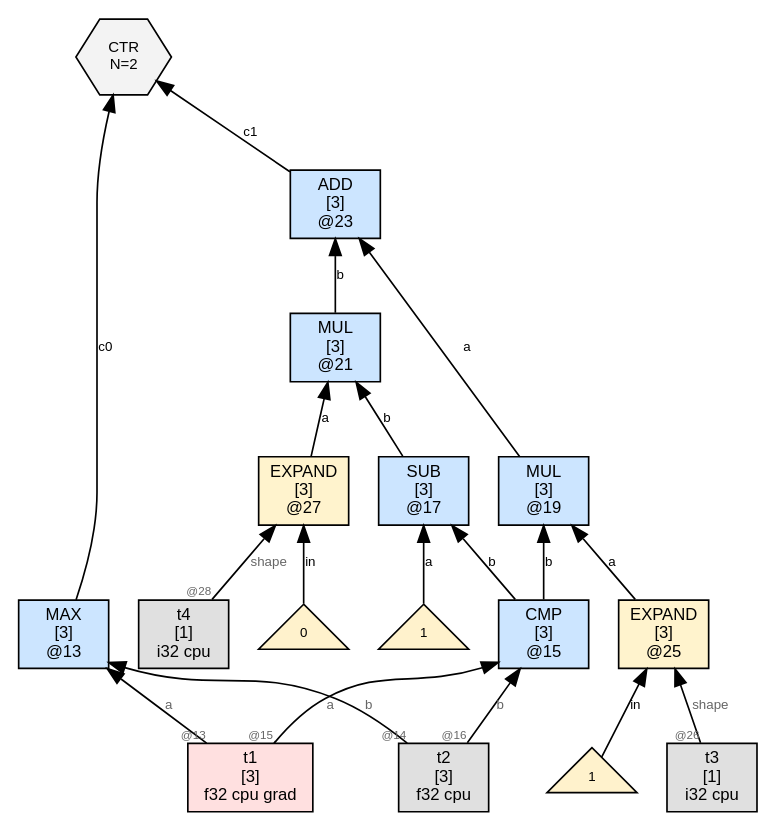
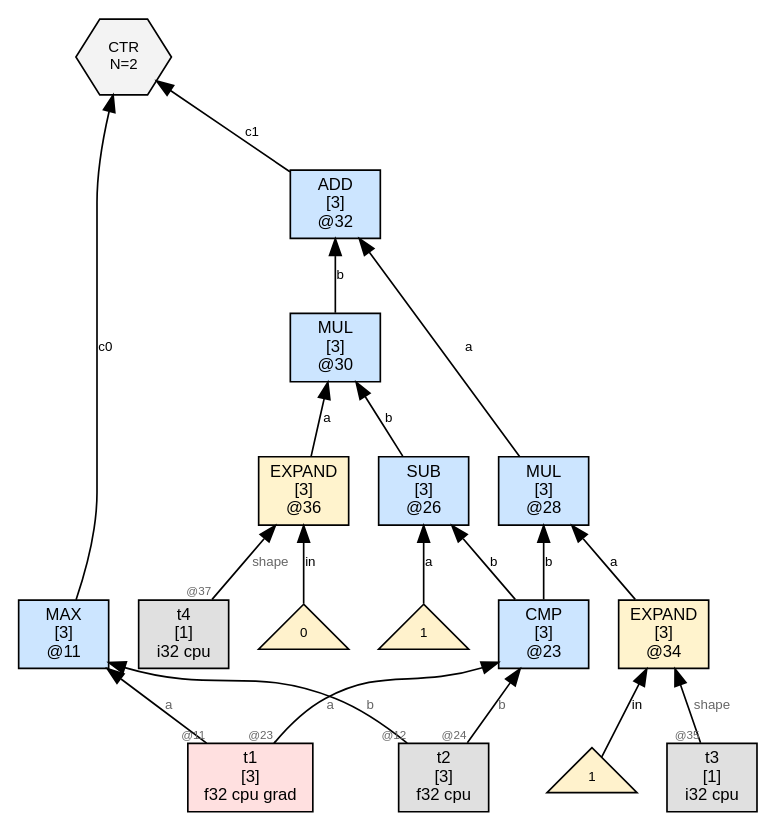
One commit to sw1sh/TinyHVM changed the diagram in wl/examples/thvm_graphs/grad_rules/max/thvm_1_post_reduce.dot. Above: the diagram before and after it, drawn with Graphviz. The commit also changed 156 other files, not shown here.

First line of the commit message:
grad: migrate mk() to UOP_GRAD2; all 50 rule tests flow through new path

```diff
--- a/wl/examples/thvm_graphs/grad_rules/max/thvm_1_post_reduce.dot
+++ b/wl/examples/thvm_graphs/grad_rules/max/thvm_1_post_reduce.dot
@@ -1,40 +1,40 @@
 digraph G {
   rankdir=BT;
   node [fontname="Helvetica", fontsize=10, style=filled, shape=box, margin="0.1,0.05"];
   edge [fontsize=8, fontname="Helvetica"];
 
-  n23 [label="ADD\n[3]\n@23", shape=box, fillcolor="#cce5ff"];
-  n19 -> n23 [label="a"];
-  n21 -> n23 [label="b"];
-  n13 [label="MAX\n[3]\n@13", shape=box, fillcolor="#cce5ff"];
+  n11 [label="MAX\n[3]\n@11", shape=box, fillcolor="#cce5ff"];
   t1 [label="t1\n[3]\nf32 cpu grad",shape=box,fillcolor="#ffe0e0"];
-  t1 -> n13 [label="a",taillabel="@13",labelfontsize=7,fontcolor="#666666"];
+  t1 -> n11 [label="a",taillabel="@11",labelfontsize=7,fontcolor="#666666"];
   t2 [label="t2\n[3]\nf32 cpu",shape=box,fillcolor="#e0e0e0"];
-  t2 -> n13 [label="b",taillabel="@14",labelfontsize=7,fontcolor="#666666"];
-  ctr6 [label="CTR\nN=2", shape=hexagon, fillcolor="#f3f3f3", fontsize=9];
-  n13 -> ctr6 [label="c0"];
-  n23 -> ctr6 [label="c1"];
-  n25 [label="EXPAND\n[3]\n@25", shape=box, fillcolor="#fff3cd"];
-  num25_0 [label="1",shape=triangle,fillcolor="#fff2cc",fontsize=8];
-  num25_0 -> n25 [label="in"];
+  t2 -> n11 [label="b",taillabel="@12",labelfontsize=7,fontcolor="#666666"];
+  n32 [label="ADD\n[3]\n@32", shape=box, fillcolor="#cce5ff"];
+  n28 -> n32 [label="a"];
+  n30 -> n32 [label="b"];
+  ctr8 [label="CTR\nN=2", shape=hexagon, fillcolor="#f3f3f3", fontsize=9];
+  n11 -> ctr8 [label="c0"];
+  n32 -> ctr8 [label="c1"];
+  n23 [label="CMP\n[3]\n@23", shape=box, fillcolor="#cce5ff"];
+  t1 -> n23 [label="a",taillabel="@23",labelfontsize=7,fontcolor="#666666"];
+  t2 -> n23 [label="b",taillabel="@24",labelfontsize=7,fontcolor="#666666"];
+  n34 [label="EXPAND\n[3]\n@34", shape=box, fillcolor="#fff3cd"];
+  num34_0 [label="1",shape=triangle,fillcolor="#fff2cc",fontsize=8];
+  num34_0 -> n34 [label="in"];
   t3 [label="t3\n[1]\ni32 cpu",shape=box,fillcolor="#e0e0e0"];
-  t3 -> n25 [label="shape",taillabel="@26",labelfontsize=7,fontcolor="#666666"];
-  n27 [label="EXPAND\n[3]\n@27", shape=box, fillcolor="#fff3cd"];
-  num27_0 [label="0",shape=triangle,fillcolor="#fff2cc",fontsize=8];
-  num27_0 -> n27 [label="in"];
+  t3 -> n34 [label="shape",taillabel="@35",labelfontsize=7,fontcolor="#666666"];
+  n36 [label="EXPAND\n[3]\n@36", shape=box, fillcolor="#fff3cd"];
+  num36_0 [label="0",shape=triangle,fillcolor="#fff2cc",fontsize=8];
+  num36_0 -> n36 [label="in"];
   t4 [label="t4\n[1]\ni32 cpu",shape=box,fillcolor="#e0e0e0"];
-  t4 -> n27 [label="shape",taillabel="@28",labelfontsize=7,fontcolor="#666666"];
-  n15 [label="CMP\n[3]\n@15", shape=box, fillcolor="#cce5ff"];
-  t1 -> n15 [label="a",taillabel="@15",labelfontsize=7,fontcolor="#666666"];
-  t2 -> n15 [label="b",taillabel="@16",labelfontsize=7,fontcolor="#666666"];
-  n17 [label="SUB\n[3]\n@17", shape=box, fillcolor="#cce5ff"];
-  num17_0 [label="1",shape=triangle,fillcolor="#fff2cc",fontsize=8];
-  num17_0 -> n17 [label="a"];
-  n15 -> n17 [label="b"];
-  n19 [label="MUL\n[3]\n@19", shape=box, fillcolor="#cce5ff"];
-  n25 -> n19 [label="a"];
-  n15 -> n19 [label="b"];
-  n21 [label="MUL\n[3]\n@21", shape=box, fillcolor="#cce5ff"];
-  n27 -> n21 [label="a"];
-  n17 -> n21 [label="b"];
+  t4 -> n36 [label="shape",taillabel="@37",labelfontsize=7,fontcolor="#666666"];
+  n26 [label="SUB\n[3]\n@26", shape=box, fillcolor="#cce5ff"];
+  num26_0 [label="1",shape=triangle,fillcolor="#fff2cc",fontsize=8];
+  num26_0 -> n26 [label="a"];
+  n23 -> n26 [label="b"];
+  n28 [label="MUL\n[3]\n@28", shape=box, fillcolor="#cce5ff"];
+  n34 -> n28 [label="a"];
+  n23 -> n28 [label="b"];
+  n30 [label="MUL\n[3]\n@30", shape=box, fillcolor="#cce5ff"];
+  n36 -> n30 [label="a"];
+  n26 -> n30 [label="b"];
 }
```
